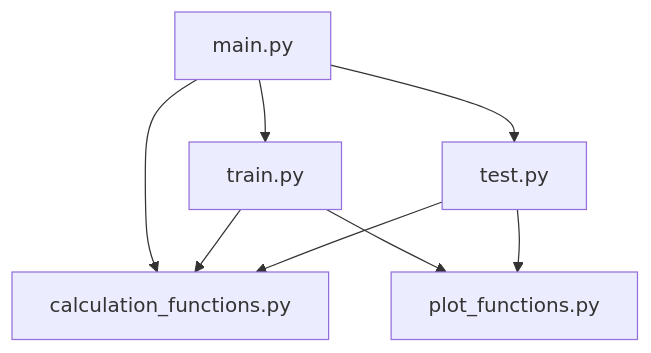
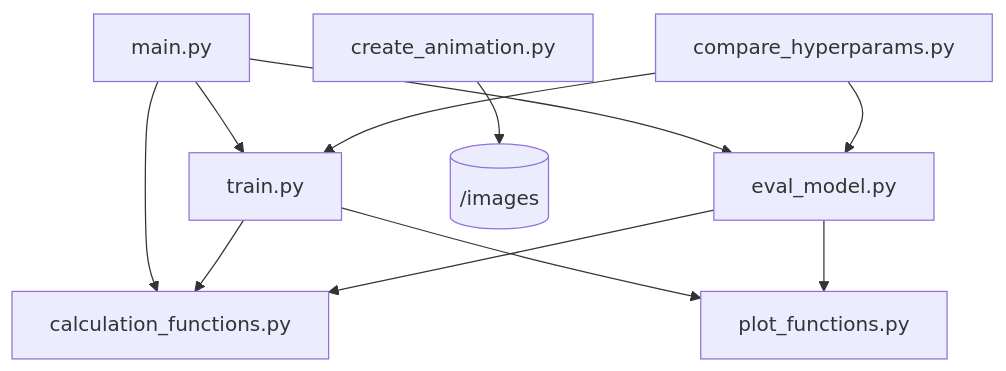
The diagram in README.md (Itamar-Gold/Pytorch-PINN-Wave-Equation), drawn with Mermaid before and after one commit. The commit also changed other lines of this file and 29 other files, not shown here.

Commit message:
- Improved core network architecture - Improved visualization - Added hyperparams comparisons - Updated project structure to improve extensibility

````diff
--- a/README.md
+++ b/README.md
@@ -35,6 +58,8 @@
 ```mermaid
 graph TD;
-    main.py-->calculation_functions.py & train.py & test.py;
+    main.py-->train.py & eval_model.py & calculation_functions.py;
     train.py-->calculation_functions.py & plot_functions.py;
-    test.py-->calculation_functions.py & plot_functions.py;
+    eval_model.py-->calculation_functions.py & plot_functions.py;
+    compare_hyperparams.py-->train.py & eval_model.py;
+    create_animation.py-->images_dir[(/images)];
 ```
````
